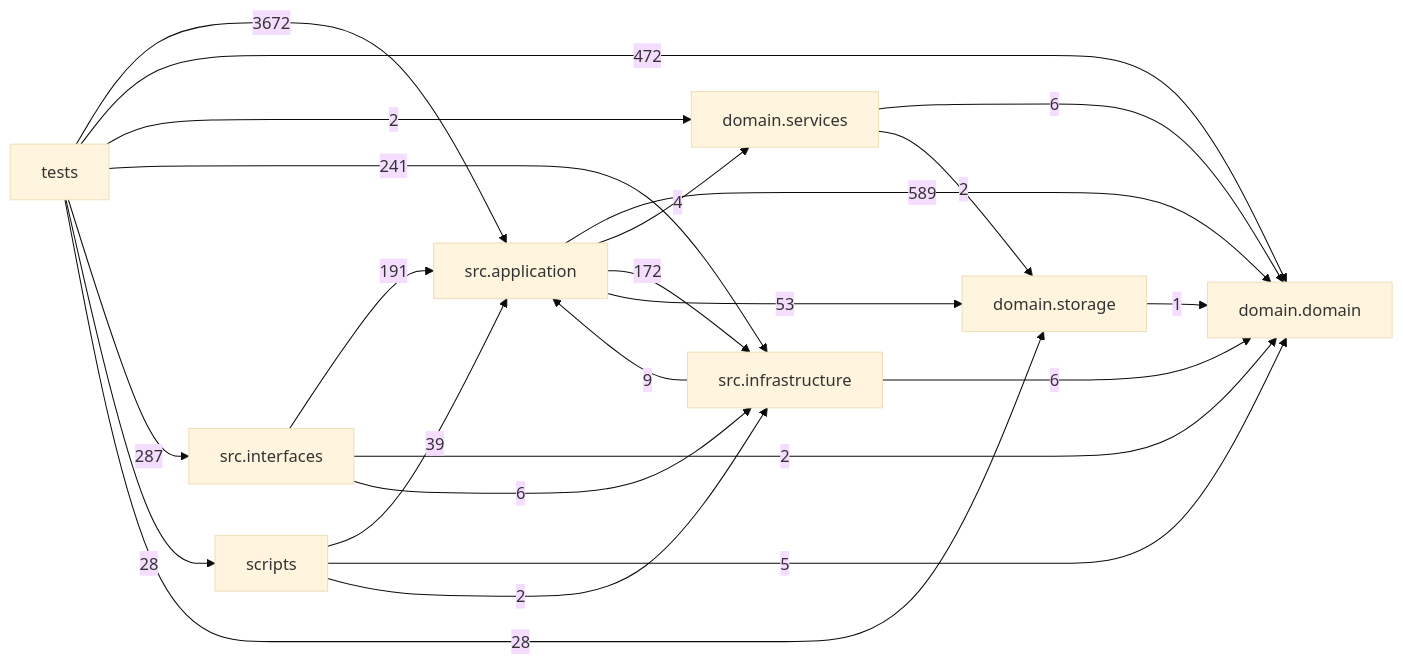
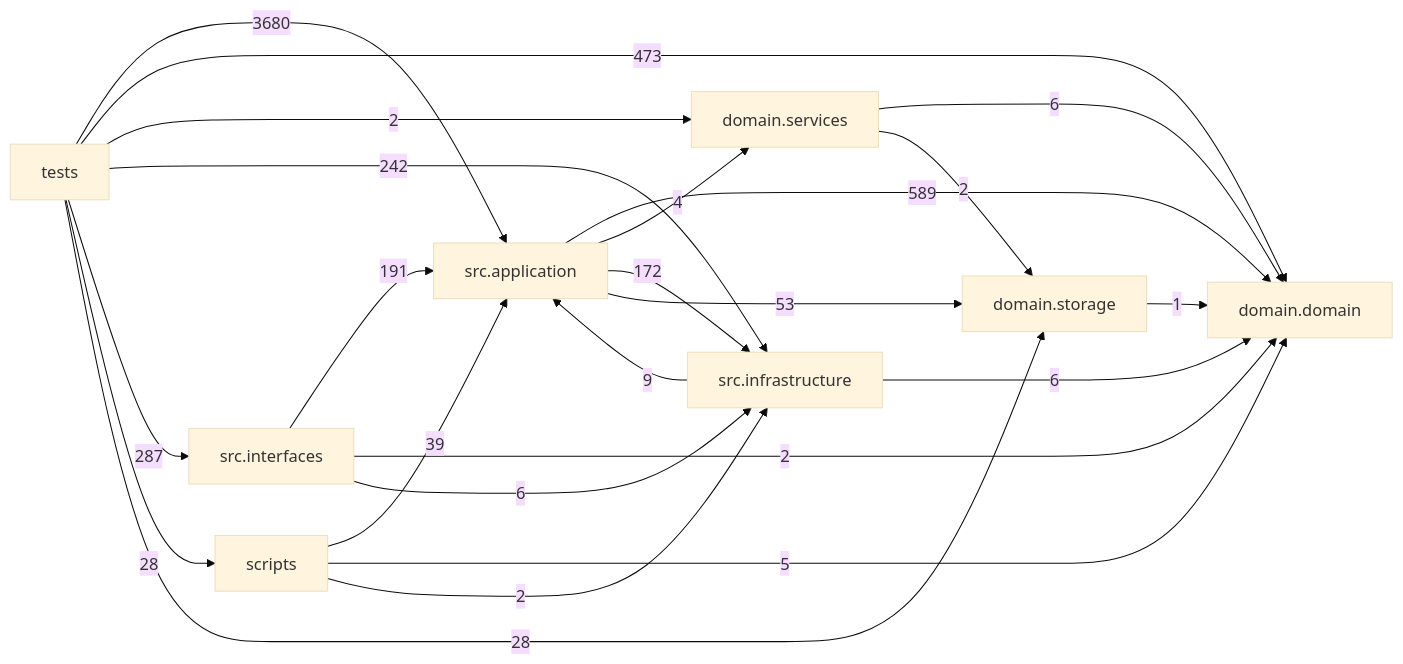
One commit to liuxie066/options-monitor changed the diagram in docs/DEPENDENCY_GRAPH.md. Above: the diagram before and after it, drawn with Mermaid (base theme). The commit also changed other lines of this file and 28 other files, not shown here.

````diff
--- a/docs/DEPENDENCY_GRAPH.md
+++ b/docs/DEPENDENCY_GRAPH.md
@@ -24,33 +24,33 @@
 ```mermaid
 flowchart LR
   tests["tests"]
   scripts["scripts"]
   interfaces["src.interfaces"]
   application["src.application"]
   infrastructure["src.infrastructure"]
   domain_services["domain.services"]
   domain["domain.domain"]
   storage["domain.storage"]
   application -->|589| domain
   application -->|4| domain_services
   application -->|172| infrastructure
   application -->|53| storage
   domain_services -->|6| domain
   domain_services -->|2| storage
   infrastructure -->|9| application
   infrastructure -->|6| domain
   interfaces -->|191| application
   interfaces -->|2| domain
   interfaces -->|6| infrastructure
   scripts -->|39| application
   scripts -->|5| domain
   scripts -->|2| infrastructure
   storage -->|1| domain
-  tests -->|3672| application
-  tests -->|472| domain
+  tests -->|3680| application
+  tests -->|473| domain
   tests -->|2| domain_services
-  tests -->|241| infrastructure
+  tests -->|242| infrastructure
   tests -->|287| interfaces
   tests -->|28| scripts
   tests -->|28| storage
 ```
````
